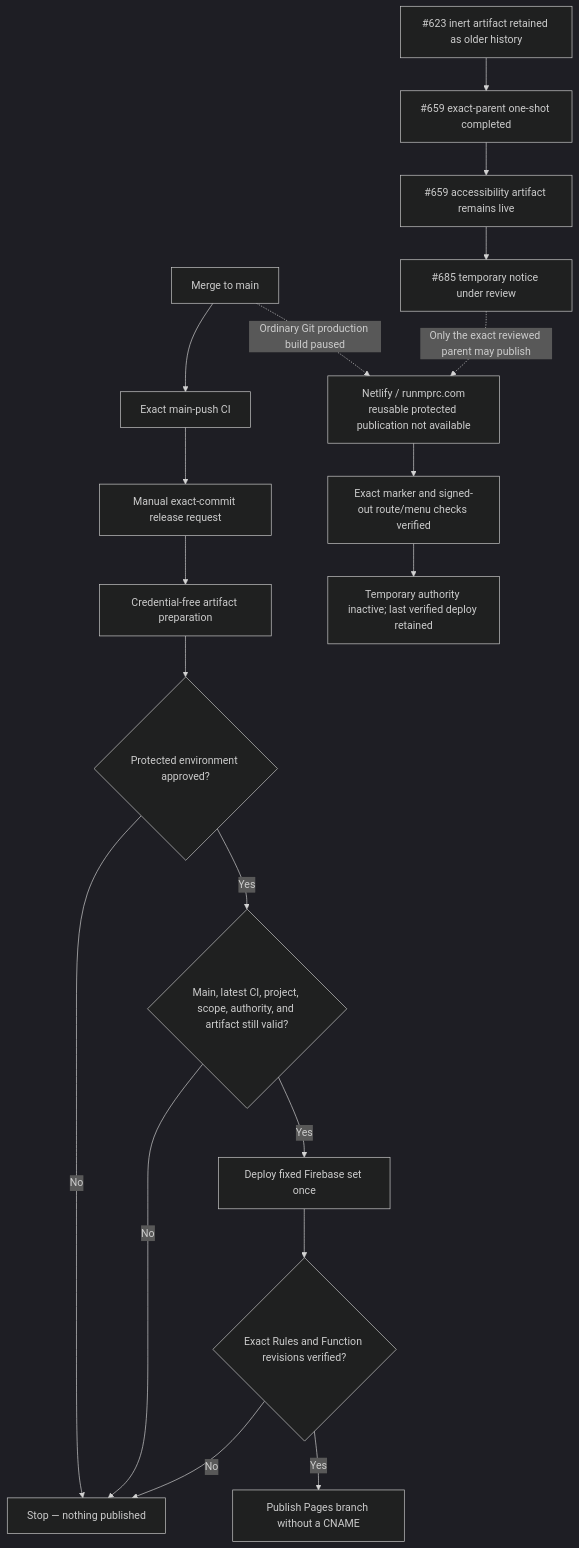
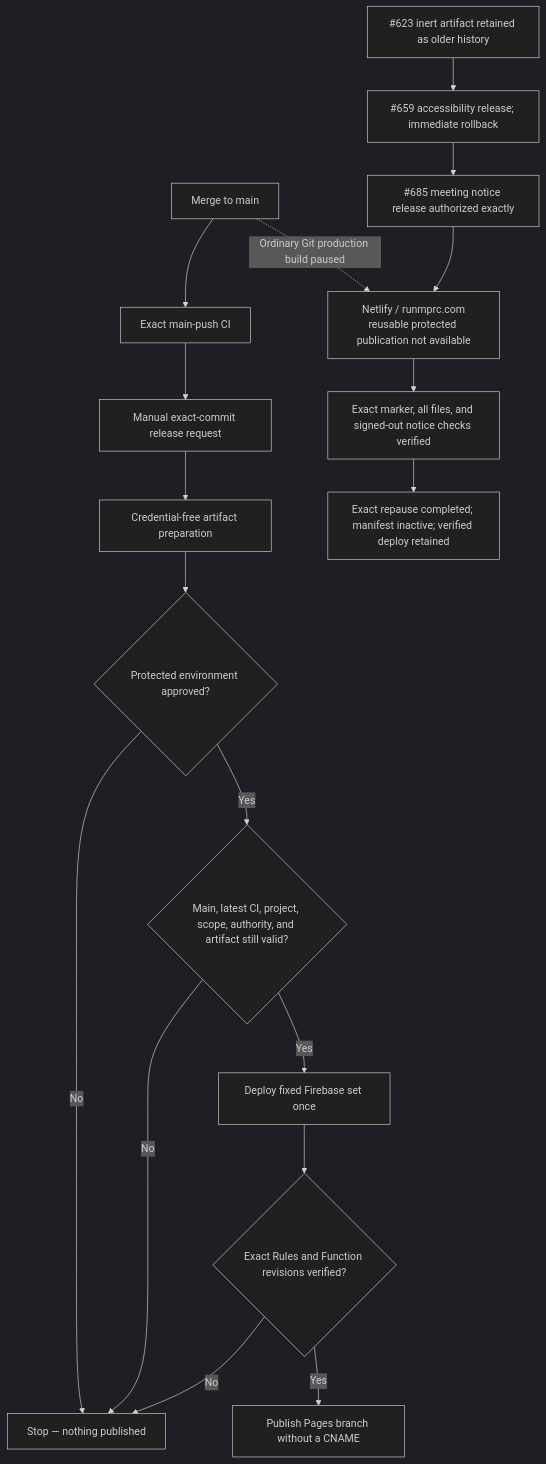
The second of 55 diagrams in SYSTEM_DESIGN.md (Run-MPRC/Run-MPRC.github.io), drawn with Mermaid (dark theme) before and after one commit. The commit also changed other lines of this file and 13 other files, not shown here.

Commit message:
docs: record September meeting-location release truth

````diff
--- a/SYSTEM_DESIGN.md
+++ b/SYSTEM_DESIGN.md
@@ -114,21 +114,20 @@
 ```mermaid
 flowchart TD
     Merge["Merge to main"] --> CI["Exact main-push CI"]
     CI --> Request["Manual exact-commit release request"]
     Request --> Prepare["Credential-free artifact preparation"]
     Prepare --> Approval{"Protected environment approved?"}
     Approval -- "No" --> Stop["Stop — nothing published"]
     Approval -- "Yes" --> Recheck{"Main, latest CI, project, scope, authority, and artifact still valid?"}
     Recheck -- "No" --> Stop
     Recheck -- "Yes" --> Backend["Deploy fixed Firebase set once"]
     Backend --> Verify{"Exact Rules and Function revisions verified?"}
     Verify -- "No" --> Stop
     Verify -- "Yes" --> Pages["Publish Pages branch without a CNAME"]
     Merge -. "Ordinary Git production build paused" .-> Netlify["Netlify / runmprc.com\nreusable protected publication not available"]
-    Predecessor["#623 inert artifact retained as older history"] --> Completed["#659 exact-parent one-shot completed"]
-    Completed --> WebOnly["#659 accessibility artifact remains live"]
-    WebOnly --> Pending["#685 temporary notice under review"]
-    Pending -. "Only the exact reviewed parent may publish" .-> Netlify
-    Netlify --> WebReadback["Exact marker and signed-out route/menu checks verified"]
-    WebReadback --> WebRepause["Temporary authority inactive; last verified deploy retained"]
+    Predecessor["#623 inert artifact retained as older history"] --> Completed["#659 accessibility release; immediate rollback"]
+    Completed --> WebOnly["#685 meeting notice release authorized exactly"]
+    WebOnly --> Netlify
+    Netlify --> WebReadback["Exact marker, all files, and signed-out notice checks verified"]
+    WebReadback --> WebRepause["Exact repause completed; manifest inactive; verified deploy retained"]
 ```
````
